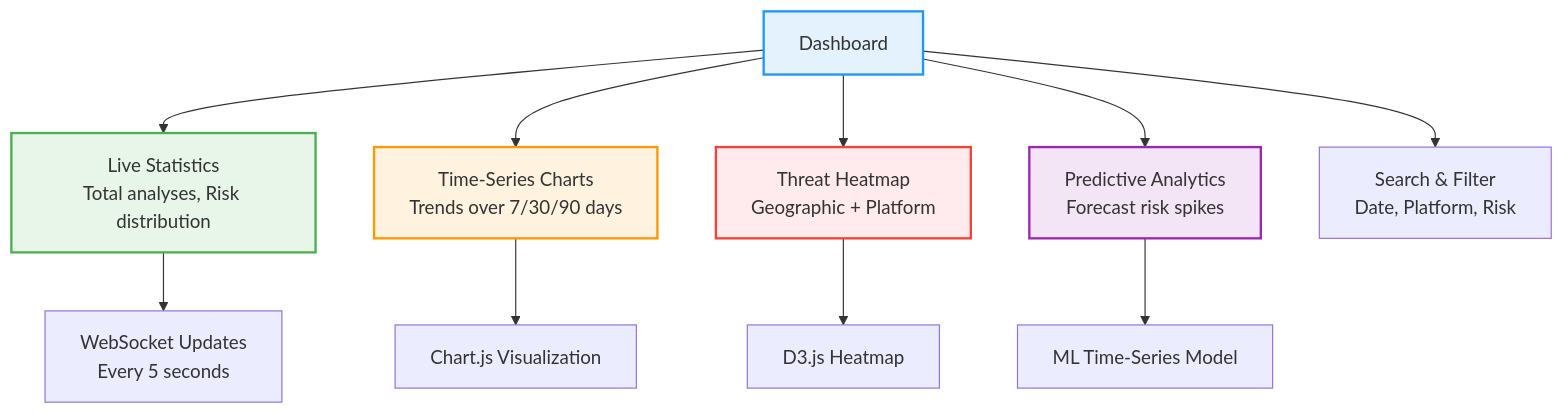
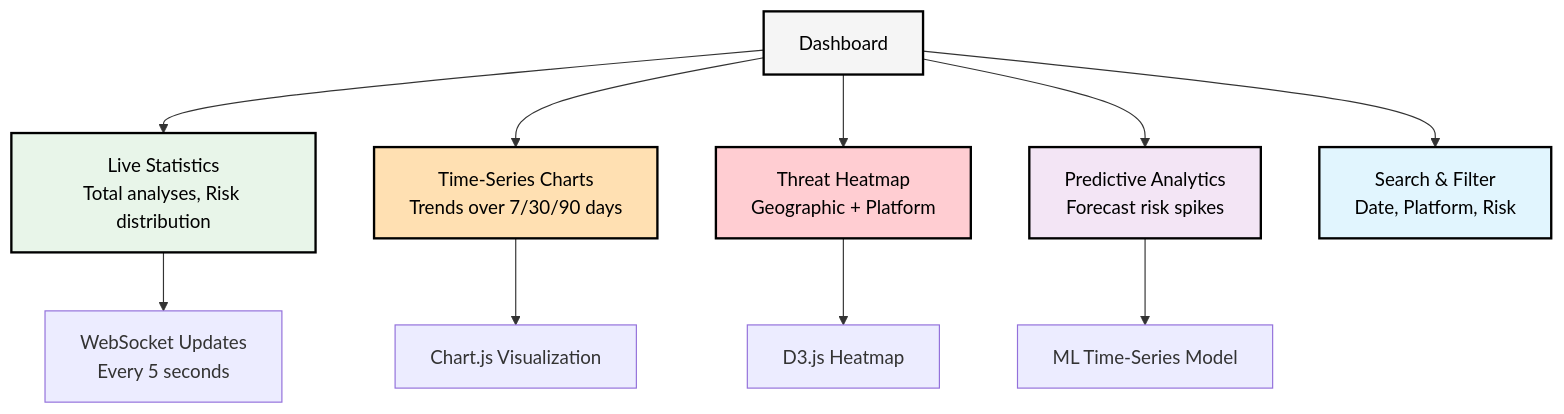
The sixth of 7 diagrams in docs/round2/ROUND2_IMPROVEMENTS.md (AbhishekGiri04/SATYA-DRISHTI), drawn with Mermaid before and after one commit. The commit also changed other lines of this file and 1 other file, not shown here.

````diff
--- a/docs/round2/ROUND2_IMPROVEMENTS.md
+++ b/docs/round2/ROUND2_IMPROVEMENTS.md
@@ -631,19 +646,20 @@
 ```mermaid
 graph TD
     A[Dashboard] --> B[Live Statistics<br/>Total analyses, Risk distribution]
     A --> C[Time-Series Charts<br/>Trends over 7/30/90 days]
     A --> D[Threat Heatmap<br/>Geographic + Platform]
     A --> E[Predictive Analytics<br/>Forecast risk spikes]
     A --> F[Search & Filter<br/>Date, Platform, Risk]
     
     B --> G[WebSocket Updates<br/>Every 5 seconds]
     C --> H[Chart.js Visualization]
     D --> I[D3.js Heatmap]
     E --> J[ML Time-Series Model]
     
-    style A fill:#E3F2FD,stroke:#2196F3,stroke-width:2px
-    style B fill:#E8F5E9,stroke:#4CAF50,stroke-width:2px
-    style C fill:#FFF3E0,stroke:#FF9800,stroke-width:2px
-    style D fill:#FFEBEE,stroke:#F44336,stroke-width:2px
-    style E fill:#F3E5F5,stroke:#9C27B0,stroke-width:2px
+    style A fill:#F5F5F5,stroke:#000,stroke-width:2px,color:#000
+    style B fill:#E8F5E9,stroke:#000,stroke-width:2px,color:#000
+    style C fill:#FFE0B2,stroke:#000,stroke-width:2px,color:#000
+    style D fill:#FFCDD2,stroke:#000,stroke-width:2px,color:#000
+    style E fill:#F3E5F5,stroke:#000,stroke-width:2px,color:#000
+    style F fill:#E1F5FE,stroke:#000,stroke-width:2px,color:#000
 ```
````
